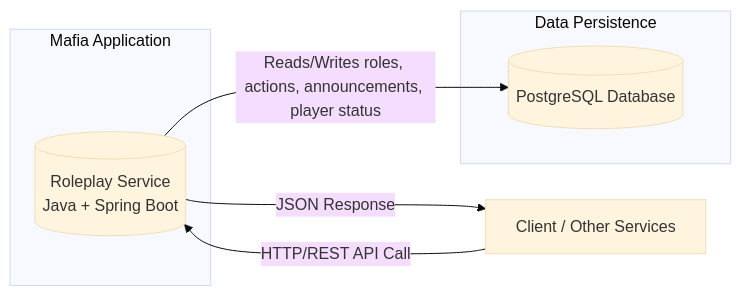
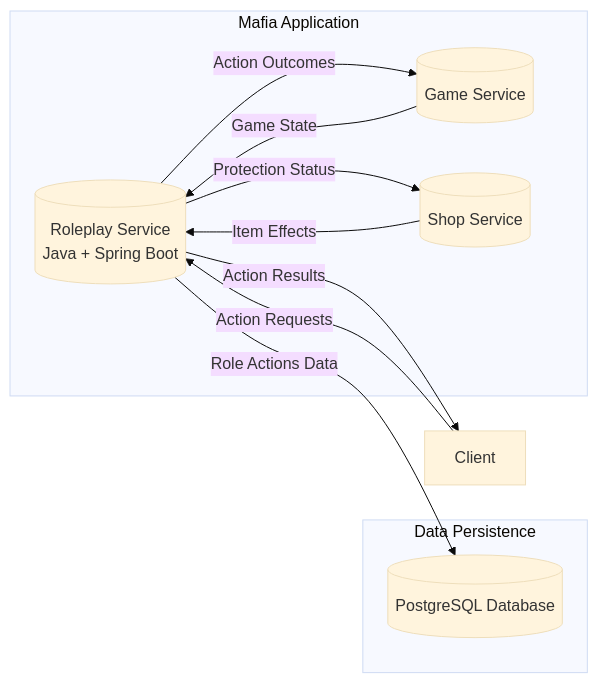
One commit to Flexksx/distributed_mafia_platform changed the fourth of 8 diagrams in README.md. Above: the diagram before and after it, drawn with Mermaid (base theme). The commit also changed other lines of this file, not shown here.

Commit message:
update roleplay service according to the requirements

````diff
--- a/README.md
+++ b/README.md
@@ -655,18 +662,23 @@
 ```mermaid
 flowchart LR
     subgraph MafiaApplication["Mafia Application"]
         RS[("Roleplay Service
         Java + Spring Boot")]
+        GS[("Game Service")]
+        SS[("Shop Service")]
     end
 
     subgraph DataPersistence["Data Persistence"]
         DB[(PostgreSQL Database)]
     end
 
-    Client["Client / Other Services"]
-
-    Client -- "HTTP/REST API Call" --> RS
-    RS -- "JSON Response" --> Client
-    RS -- "Reads/Writes roles, actions, announcements, player status" --> DB
-
+    Client["Client"]
+    
+    Client -- "Action Requests" --> RS
+    RS -- "Action Results" --> Client
+    RS -- "Role Actions Data" --> DB
+    GS -- "Game State" --> RS
+    RS -- "Action Outcomes" --> GS
+    SS -- "Item Effects" --> RS
+    RS -- "Protection Status" --> SS
 ```
````
